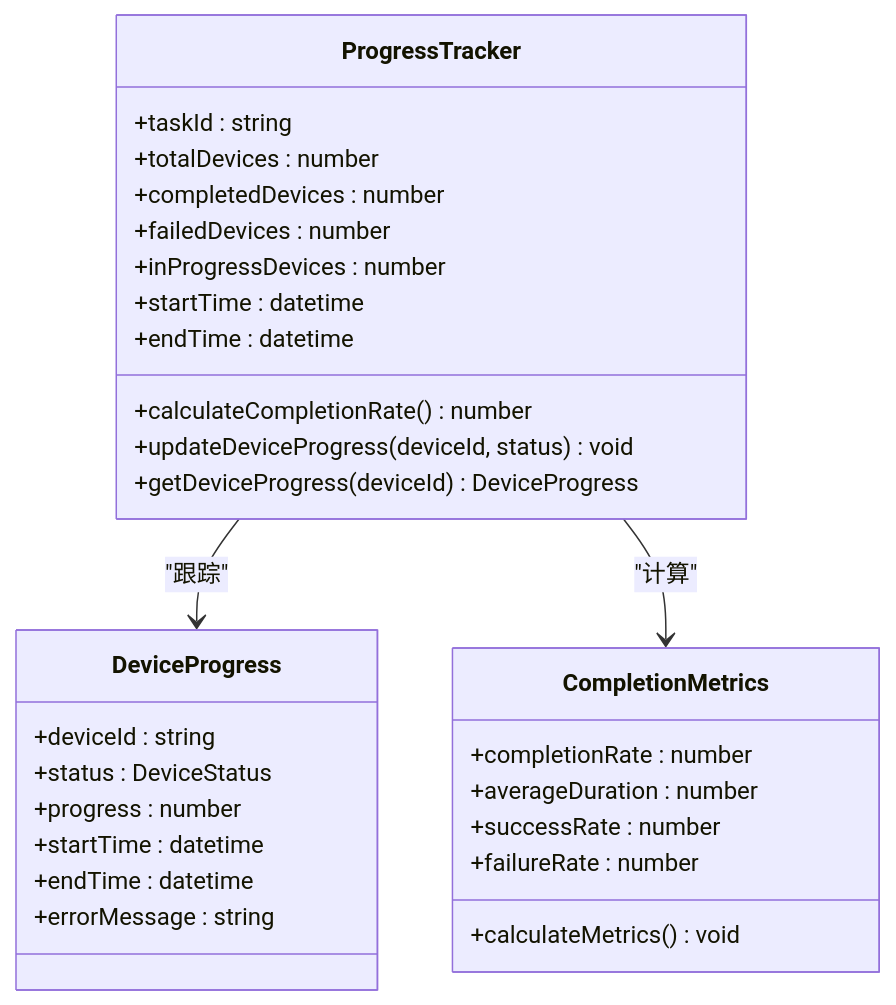
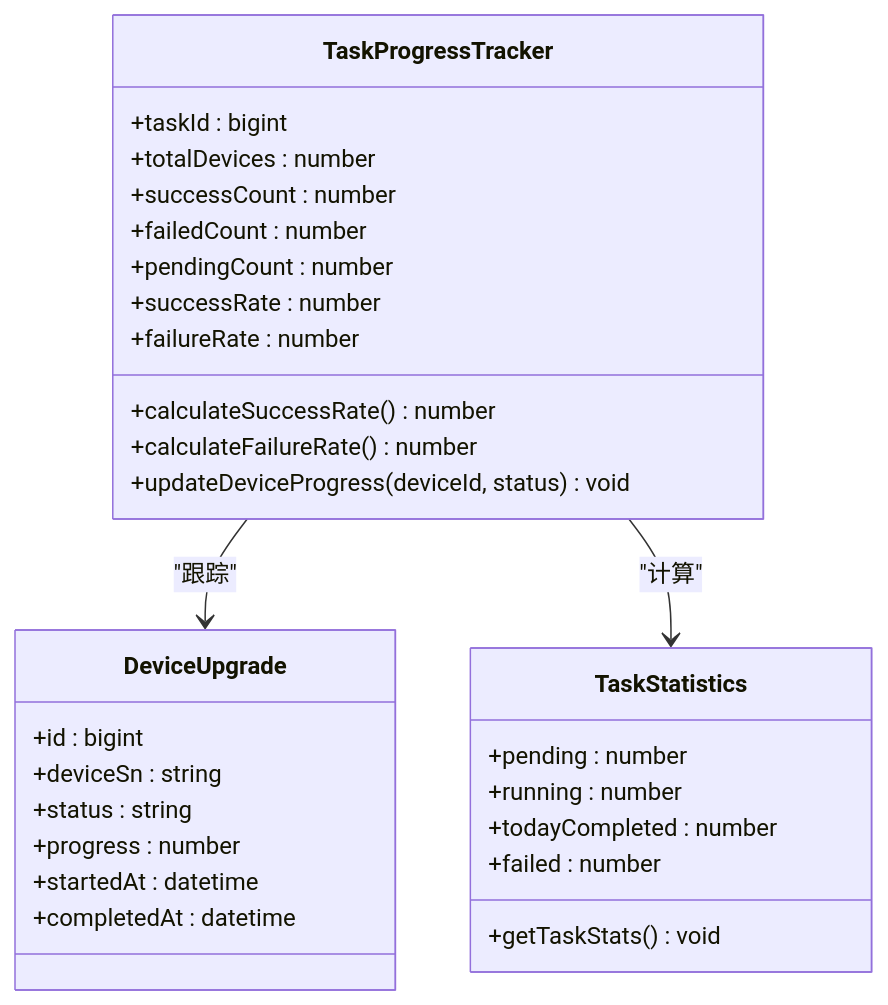
Before and after one commit to mcmrzy/cs_inv_monitor-develop: diagram 13 of 18 in .qoder/repowiki/zh/content/OTA升级系统/OTA任务调度/OTA任务调度.md, drawn with Mermaid. The commit also changed other lines of this file and 128 other files, not shown here.

````diff
--- a/.qoder/repowiki/zh/content/OTA升级系统/OTA任务调度/OTA任务调度.md
+++ b/.qoder/repowiki/zh/content/OTA升级系统/OTA任务调度/OTA任务调度.md
@@ -463,32 +564,32 @@
 ```mermaid
 classDiagram
-class ProgressTracker {
-+taskId : string
+class TaskProgressTracker {
++taskId : bigint
 +totalDevices : number
-+completedDevices : number
-+failedDevices : number
-+inProgressDevices : number
-+startTime : datetime
-+endTime : datetime
-+calculateCompletionRate() number
-+updateDeviceProgress(deviceId, status) void
-+getDeviceProgress(deviceId) DeviceProgress
-}
-class DeviceProgress {
-+deviceId : string
-+status : DeviceStatus
-+progress : number
-+startTime : datetime
-+endTime : datetime
-+errorMessage : string
-}
-class CompletionMetrics {
-+completionRate : number
-+averageDuration : number
++successCount : number
++failedCount : number
++pendingCount : number
 +successRate : number
 +failureRate : number
-+calculateMetrics() void
++calculateSuccessRate() number
++calculateFailureRate() number
++updateDeviceProgress(deviceId, status) void
 }
-ProgressTracker --> DeviceProgress : "跟踪"
-ProgressTracker --> CompletionMetrics : "计算"
+class DeviceUpgrade {
++id : bigint
++deviceSn : string
++status : string
++progress : number
++startedAt : datetime
++completedAt : datetime
+}
+class TaskStatistics {
++pending : number
++running : number
++todayCompleted : number
++failed : number
++getTaskStats() void
+}
+TaskProgressTracker --> DeviceUpgrade : "跟踪"
+TaskProgressTracker --> TaskStatistics : "计算"
 ```
````
